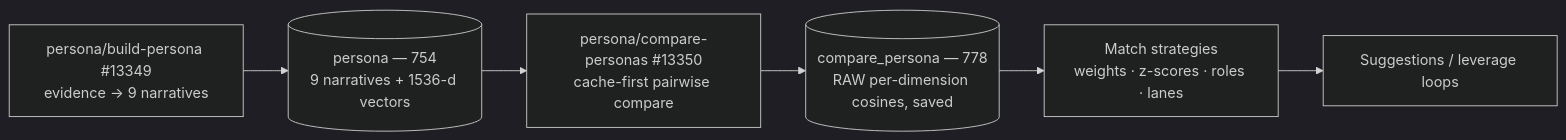
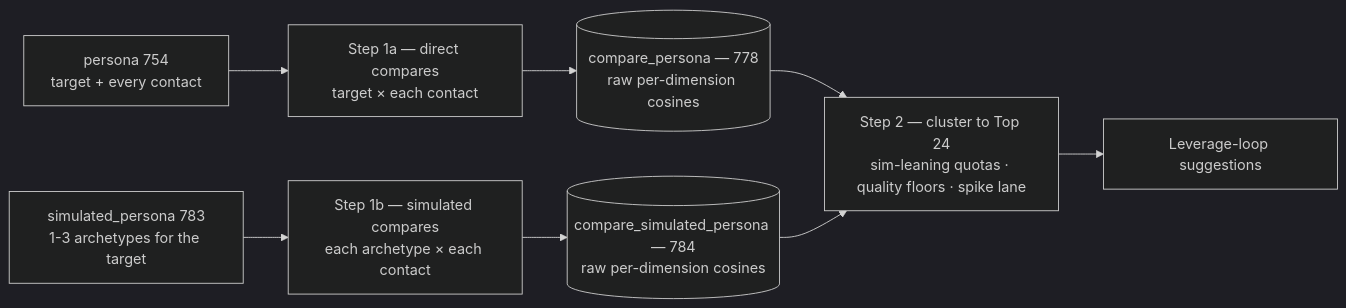
The diagram in guides/open-work/personas/scoring.mdx (M-Pederson/docs), drawn with Mermaid (dark theme) before and after one commit. The commit also changed other lines of this file and 1 other file, not shown here.

````diff
--- a/guides/open-work/personas/scoring.mdx
+++ b/guides/open-work/personas/scoring.mdx
@@ -9,8 +9,10 @@
 ```mermaid
 flowchart LR
-    A[persona/build-persona #13349<br/>evidence → 9 narratives] --> B[(persona — 754<br/>9 narratives + 1536-d vectors)]
-    B --> C[persona/compare-personas #13350<br/>cache-first pairwise compare]
-    C --> D[(compare_persona — 778<br/>RAW per-dimension cosines, saved)]
-    D --> E[Match strategies<br/>weights · z-scores · roles · lanes]
-    E --> F[Suggestions / leverage loops]
+    T[persona 754<br/>target + every contact] --> C1[Step 1a — direct compares<br/>target × each contact]
+    S[simulated_persona 783<br/>1-3 archetypes for the target] --> C2[Step 1b — simulated compares<br/>each archetype × each contact]
+    C1 --> D1[(compare_persona — 778<br/>raw per-dimension cosines)]
+    C2 --> D2[(compare_simulated_persona — 784<br/>raw per-dimension cosines)]
+    D1 --> E[Step 2 — cluster to Top 24<br/>sim-leaning quotas · quality floors · spike lane]
+    D2 --> E
+    E --> F[Leverage-loop suggestions]
 ```
````
